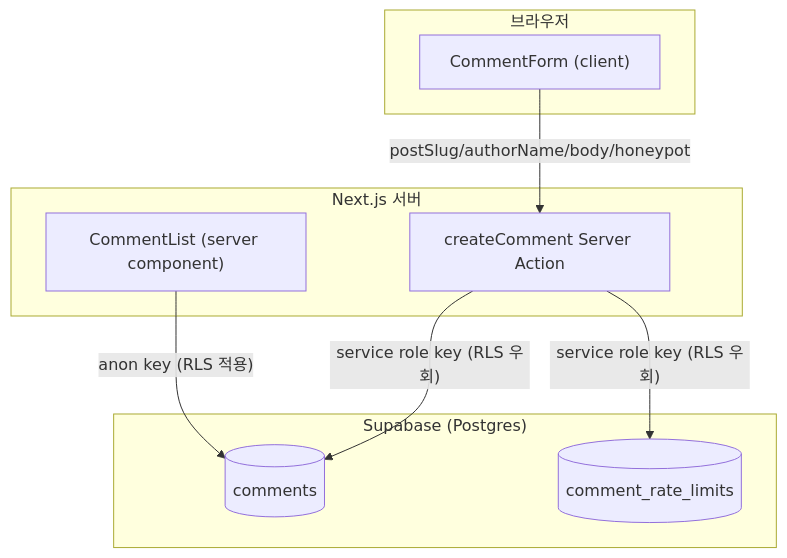
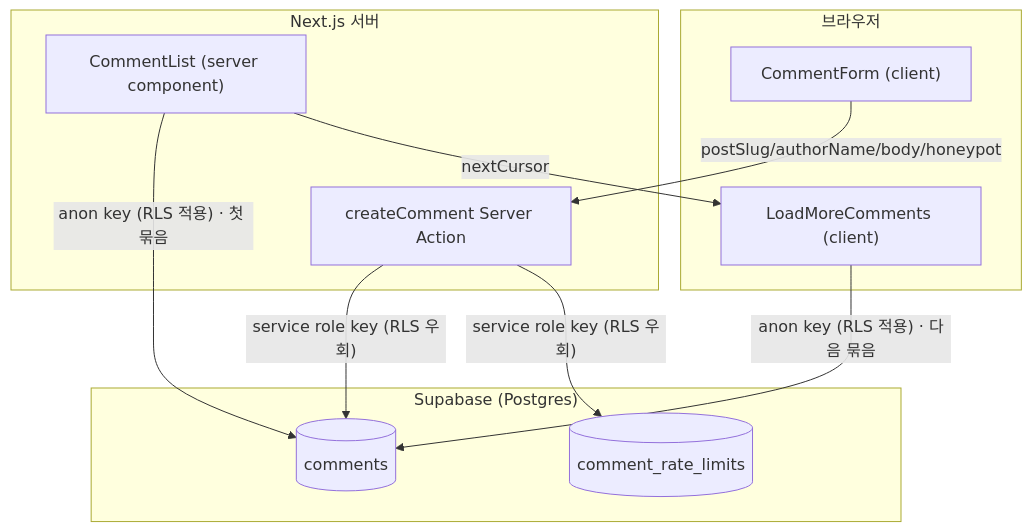
Before and after one commit to jeongho3786/myblog: the first of 2 diagrams in docs/comments-architecture.md, drawn with Mermaid. The commit also changed other lines of this file and 7 other files, not shown here.

````diff
--- a/docs/comments-architecture.md
+++ b/docs/comments-architecture.md
@@ -9,19 +9,22 @@
 ```mermaid
 flowchart TD
     subgraph Browser["브라우저"]
         CF["CommentForm (client)"]
+        LM["LoadMoreComments (client)"]
     end
     subgraph NextServer["Next.js 서버"]
         CA["createComment Server Action"]
         CL["CommentList (server component)"]
     end
     subgraph Supabase["Supabase (Postgres)"]
         T1[("comments")]
         T2[("comment_rate_limits")]
     end
 
     CF -- "postSlug/authorName/body/honeypot" --> CA
     CA -- "service role key (RLS 우회)" --> T1
     CA -- "service role key (RLS 우회)" --> T2
-    CL -- "anon key (RLS 적용)" --> T1
+    CL -- "anon key (RLS 적용) · 첫 묶음" --> T1
+    CL -- "nextCursor" --> LM
+    LM -- "anon key (RLS 적용) · 다음 묶음" --> T1
 ```
````
